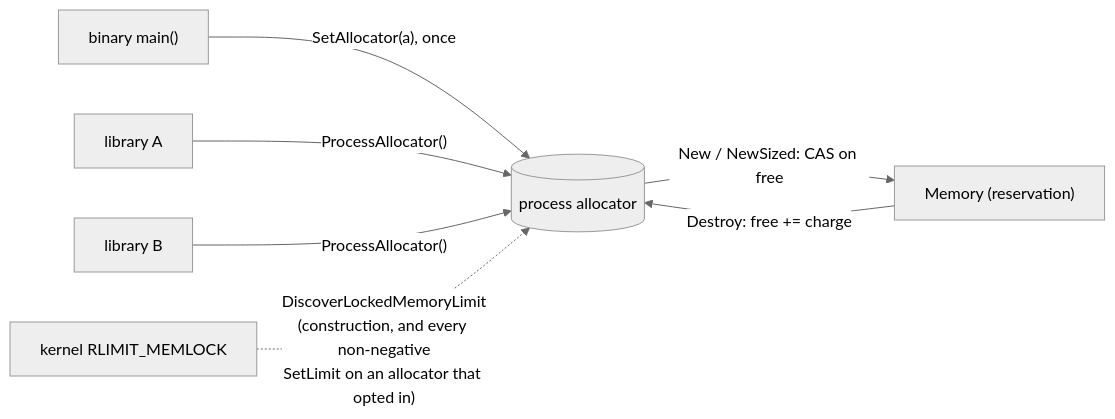
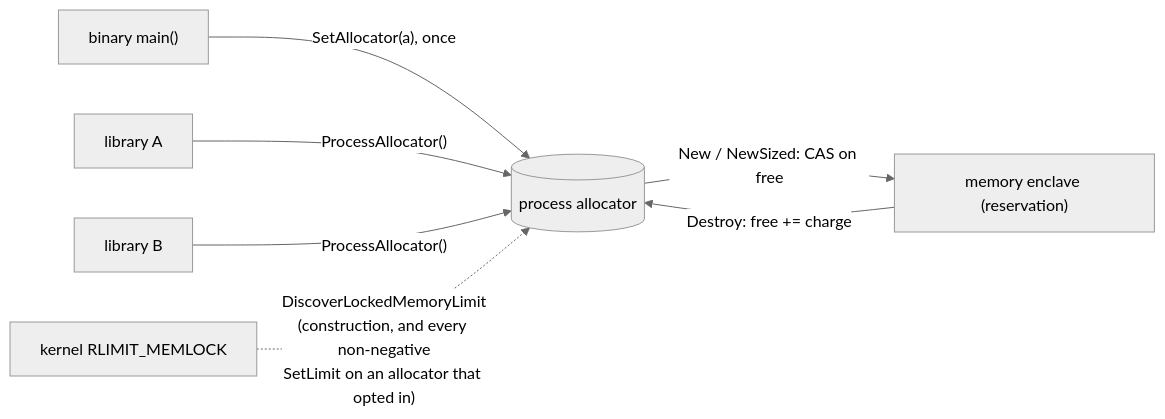
The first of 4 diagrams in docs/locked-memory-budget/architecture.md (jeremyhahn/go-enclave), drawn with Mermaid (neutral theme) before and after one commit. The commit also changed other lines of this file and 60 other files, not shown here.

````diff
--- a/docs/locked-memory-budget/architecture.md
+++ b/docs/locked-memory-budget/architecture.md
@@ -18,9 +18,9 @@
 ```mermaid
 flowchart LR
   main["binary main()"] -- "SetAllocator(a), once" --> PA[(process allocator)]
   lib1["library A"] -- "ProcessAllocator()" --> PA
   lib2["library B"] -- "ProcessAllocator()" --> PA
-  PA -- "New / NewSized: CAS on free" --> E["Memory (reservation)"]
+  PA -- "New / NewSized: CAS on free" --> E["memory enclave (reservation)"]
   E -- "Destroy: free += charge" --> PA
   K["kernel RLIMIT_MEMLOCK"] -. "DiscoverLockedMemoryLimit<br/>(construction, and every non-negative<br/>SetLimit on an allocator that opted in)" .-> PA
 ```
````
